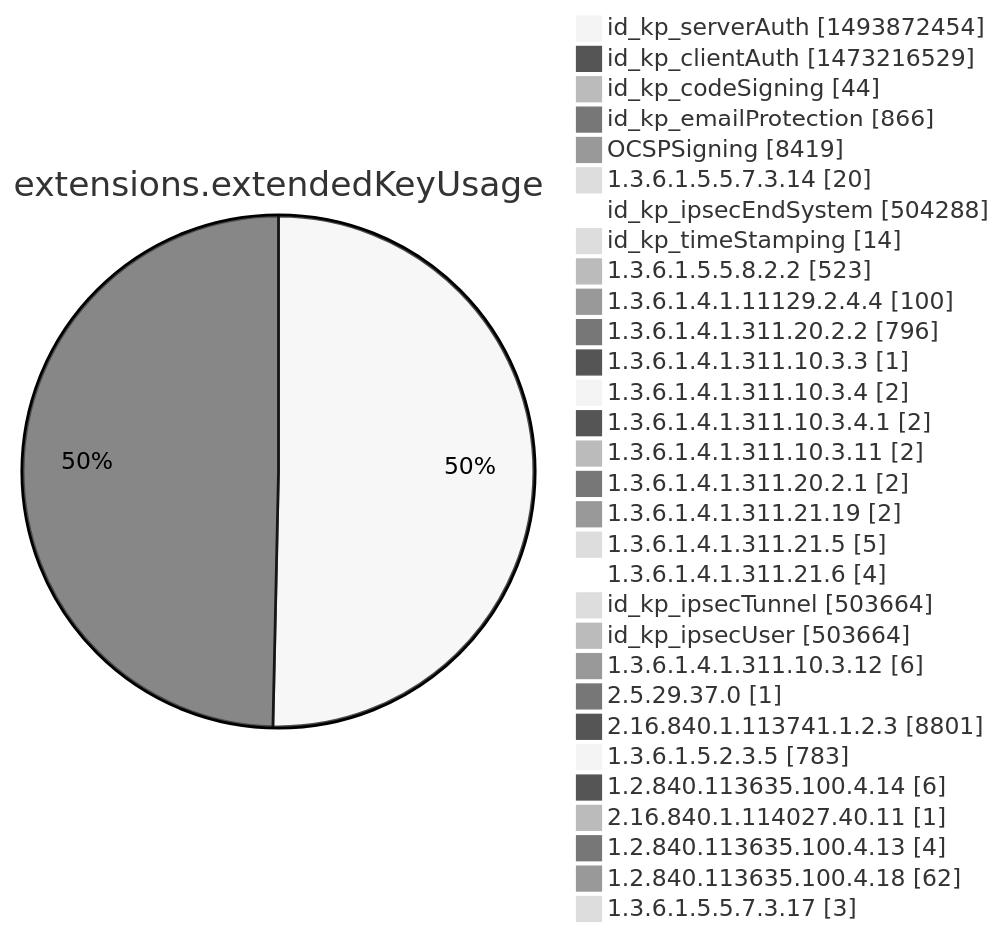
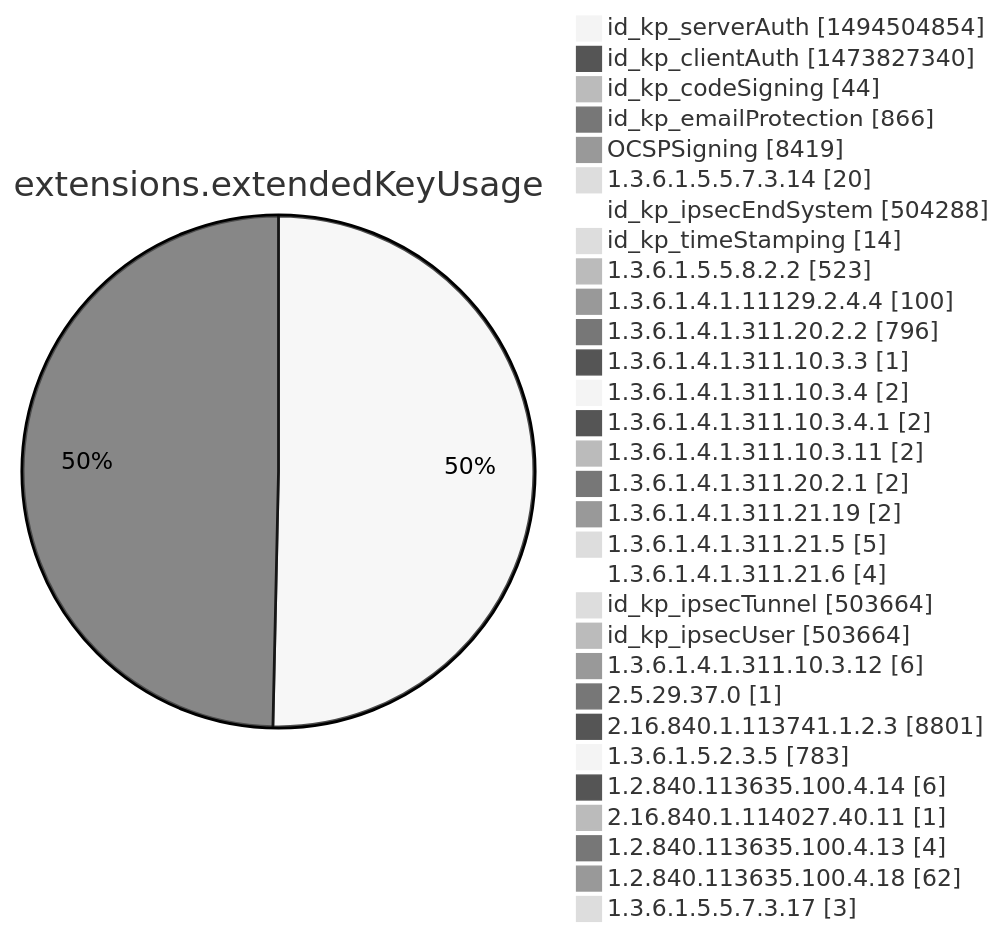
One commit to christiankrug/ctmonitor_visualization changed diagram 12 of 15 in argon2022/README.md. Above: the diagram before and after it, drawn with Mermaid (neutral theme). The commit also changed other lines of this file, not shown here.

````diff
--- a/argon2022/README.md
+++ b/argon2022/README.md
@@ -3555,34 +3555,34 @@
 ```mermaid
 pie showData
 title extensions.extendedKeyUsage
-"id_kp_serverAuth" :1493872454
-"id_kp_clientAuth" :1473216529
+"id_kp_serverAuth" :1494504854
+"id_kp_clientAuth" :1473827340
 "id_kp_codeSigning" :44
 "id_kp_emailProtection" :866
 "OCSPSigning" :8419
 "1.3.6.1.5.5.7.3.14" :20
 "id_kp_ipsecEndSystem" :504288
 "id_kp_timeStamping" :14
 "1.3.6.1.5.5.8.2.2" :523
 "1.3.6.1.4.1.11129.2.4.4" :100
 "1.3.6.1.4.1.311.20.2.2" :796
 "1.3.6.1.4.1.311.10.3.3" :1
 "1.3.6.1.4.1.311.10.3.4" :2
 "1.3.6.1.4.1.311.10.3.4.1" :2
 "1.3.6.1.4.1.311.10.3.11" :2
 "1.3.6.1.4.1.311.20.2.1" :2
 "1.3.6.1.4.1.311.21.19" :2
 "1.3.6.1.4.1.311.21.5" :5
 "1.3.6.1.4.1.311.21.6" :4
 "id_kp_ipsecTunnel" :503664
 "id_kp_ipsecUser" :503664
 "1.3.6.1.4.1.311.10.3.12" :6
 "2.5.29.37.0" :1
 "2.16.840.1.113741.1.2.3" :8801
 "1.3.6.1.5.2.3.5" :783
 "1.2.840.113635.100.4.14" :6
 "2.16.840.1.114027.40.11" :1
 "1.2.840.113635.100.4.13" :4
 "1.2.840.113635.100.4.18" :62
 "1.3.6.1.5.5.7.3.17" :3
 ```
````
